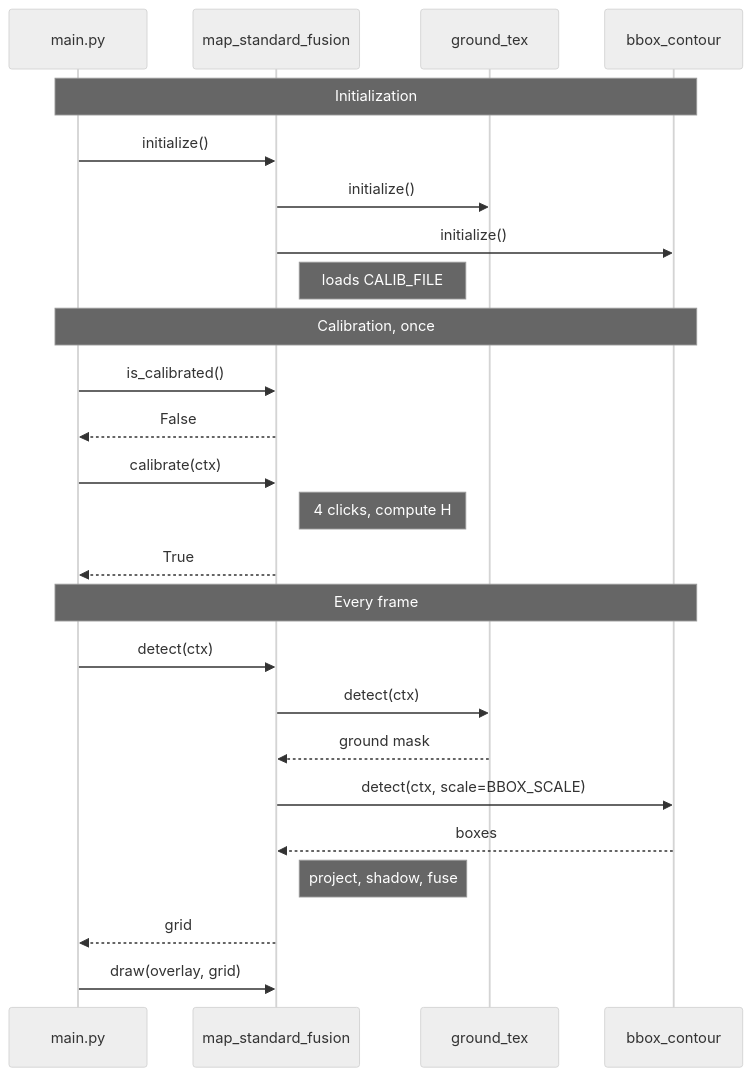
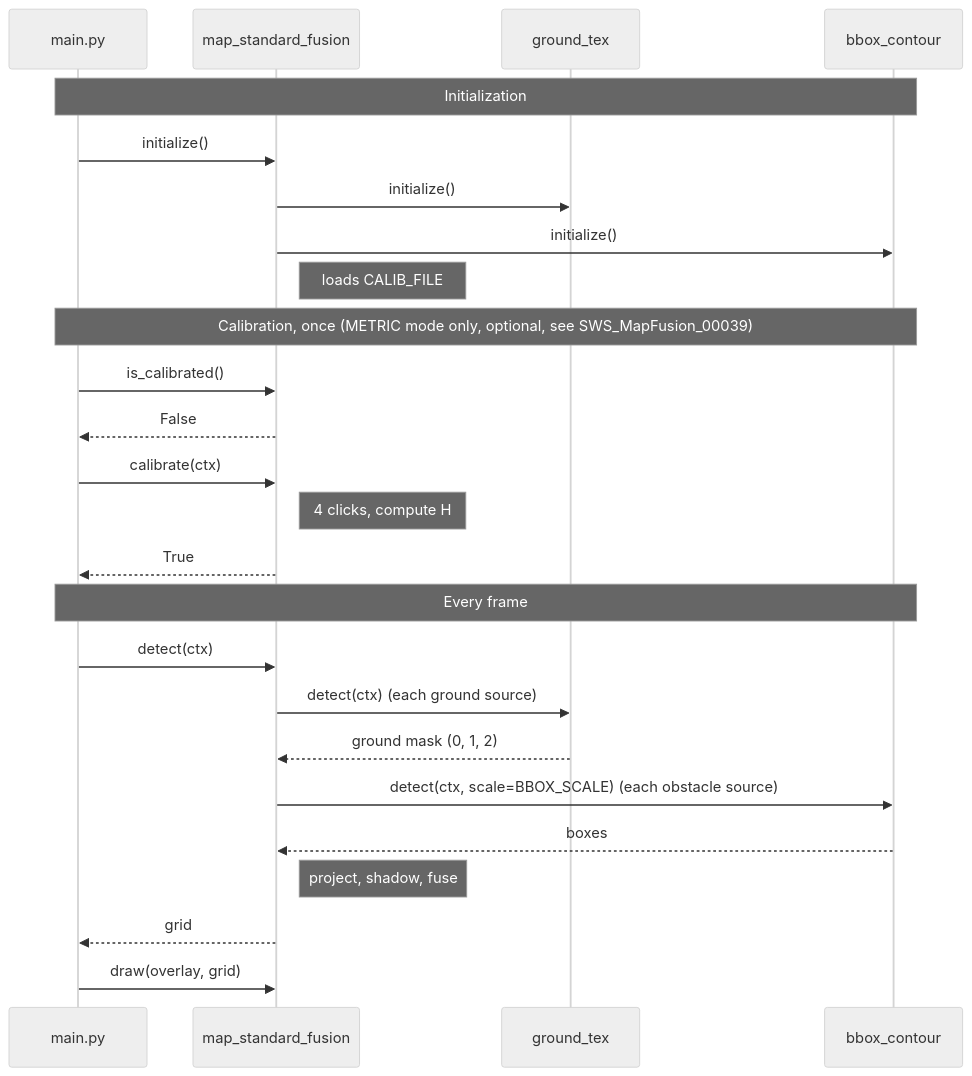
One commit to ToCap/MindstormObjectDetection changed the diagram in MID/MID/map_standard_fusion.md. Above: the diagram before and after it, drawn with Mermaid (neutral theme). The commit also changed other lines of this file and 1 other file, not shown here.

Commit message:
feat: Distinguish ground surfaces in map_standard_fusion

````diff
--- a/MID/MID/map_standard_fusion.md
+++ b/MID/MID/map_standard_fusion.md
@@ -246,30 +258,30 @@
 ```mermaid
 sequenceDiagram
     participant M as main.py
     participant F as map_standard_fusion
     participant G as ground_tex
     participant B as bbox_contour
 
     Note over M,B: Initialization
     M->>F: initialize()
     F->>G: initialize()
     F->>B: initialize()
     Note right of F: loads CALIB_FILE
 
-    Note over M,B: Calibration, once
+    Note over M,B: Calibration, once (METRIC mode only, optional, see SWS_MapFusion_00039)
     M->>F: is_calibrated()
     F-->>M: False
     M->>F: calibrate(ctx)
     Note right of F: 4 clicks, compute H
     F-->>M: True
 
     Note over M,B: Every frame
     M->>F: detect(ctx)
-    F->>G: detect(ctx)
-    G-->>F: ground mask
-    F->>B: detect(ctx, scale=BBOX_SCALE)
+    F->>G: detect(ctx) (each ground source)
+    G-->>F: ground mask (0, 1, 2)
+    F->>B: detect(ctx, scale=BBOX_SCALE) (each obstacle source)
     B-->>F: boxes
     Note right of F: project, shadow, fuse
     F-->>M: grid
     M->>F: draw(overlay, grid)
 ```
````
